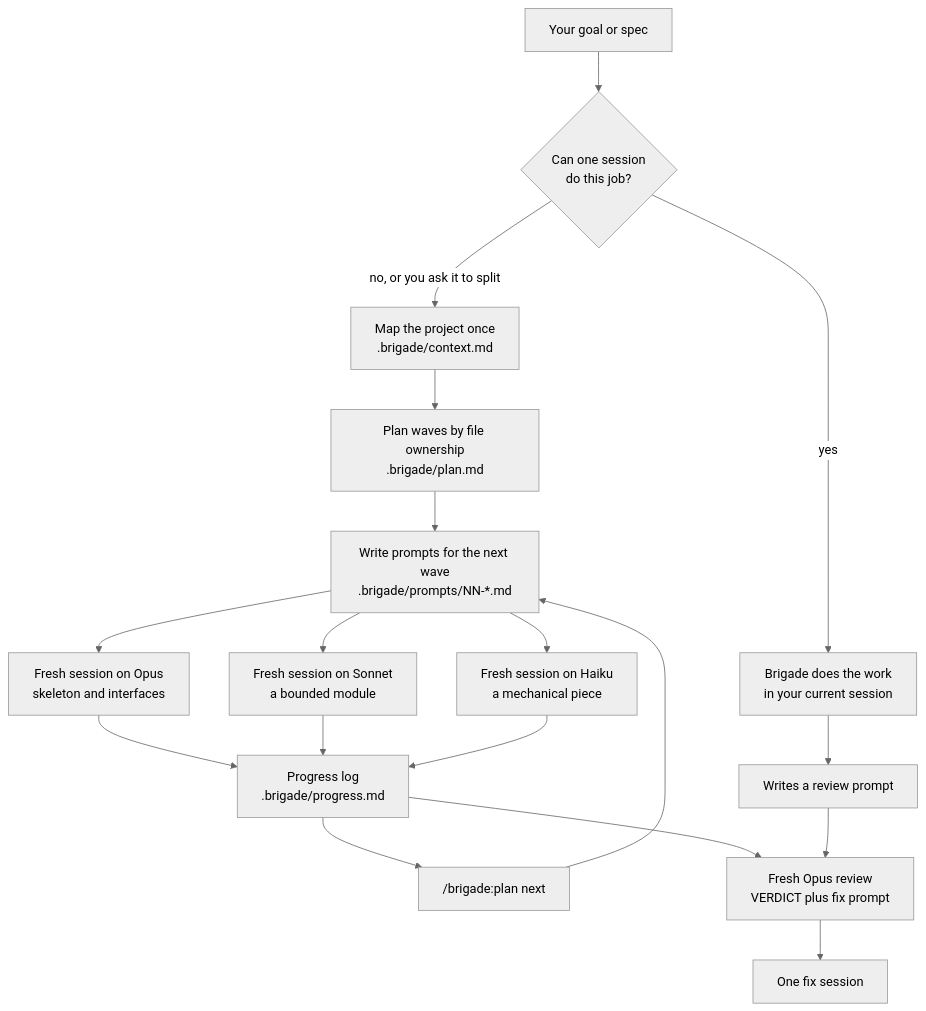
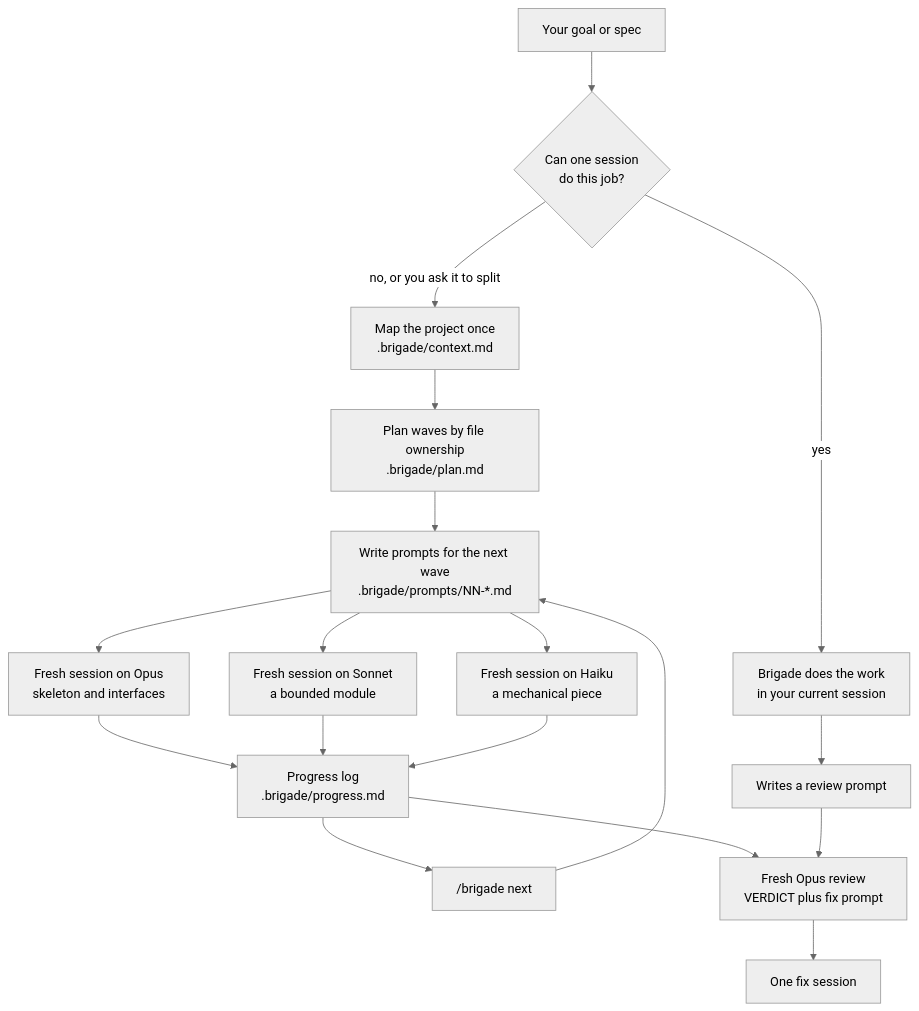
One commit to rajvardhan19/brigade changed the diagram in README.md. Above: the diagram before and after it, drawn with Mermaid (neutral theme). The commit also changed other lines of this file and 8 other files, not shown here.

````diff
--- a/README.md
+++ b/README.md
@@ -18,20 +18,20 @@
 ```mermaid
 flowchart TD
     G["Your goal or spec"] --> D{"Can one session<br/>do this job?"}
     D -- "yes" --> W["Brigade does the work<br/>in your current session"]
     W --> RP["Writes a review prompt"]
     D -- "no, or you ask it to split" --> M["Map the project once<br/>.brigade/context.md"]
     M --> P["Plan waves by file ownership<br/>.brigade/plan.md"]
     P --> Q["Write prompts for the next wave<br/>.brigade/prompts/NN-*.md"]
     Q --> S1["Fresh session on Opus<br/>skeleton and interfaces"]
     Q --> S2["Fresh session on Sonnet<br/>a bounded module"]
     Q --> S3["Fresh session on Haiku<br/>a mechanical piece"]
     S1 --> L["Progress log<br/>.brigade/progress.md"]
     S2 --> L
     S3 --> L
-    L --> N["/brigade:plan next"]
+    L --> N["/brigade next"]
     N --> Q
     L --> R["Fresh Opus review<br/>VERDICT plus fix prompt"]
     RP --> R
     R --> F["One fix session"]
 ```
````
